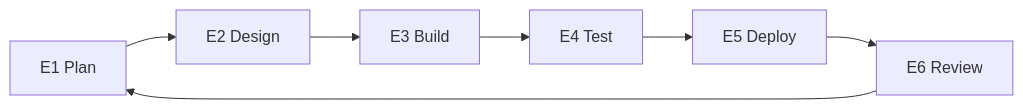
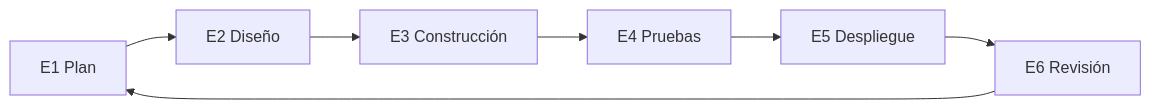
The diagram in website/i18n/es/docusaurus-plugin-content-docs/current/framework/execute.md (admin-feel-coding/feel-coding-docs), drawn with Mermaid before and after one commit. The commit also changed other lines of this file and 14 other files, not shown here.

````diff
--- a/website/i18n/es/docusaurus-plugin-content-docs/current/framework/execute.md
+++ b/website/i18n/es/docusaurus-plugin-content-docs/current/framework/execute.md
@@ -47,5 +47,5 @@
 ```mermaid
 flowchart LR
-    E1["E1 Plan"] --> E2["E2 Design"] --> E3["E3 Build"] --> E4["E4 Test"] --> E5["E5 Deploy"] --> E6["E6 Review"]
+    E1["E1 Plan"] --> E2["E2 Diseño"] --> E3["E3 Construcción"] --> E4["E4 Pruebas"] --> E5["E5 Despliegue"] --> E6["E6 Revisión"]
     E6 --> E1
 ```
````
